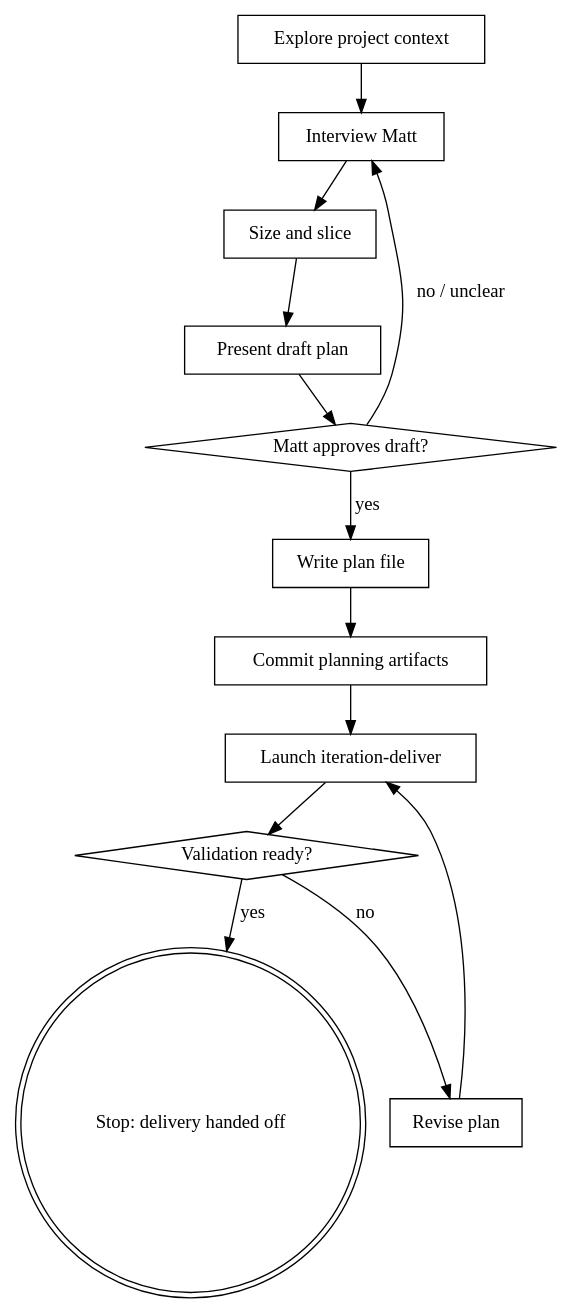
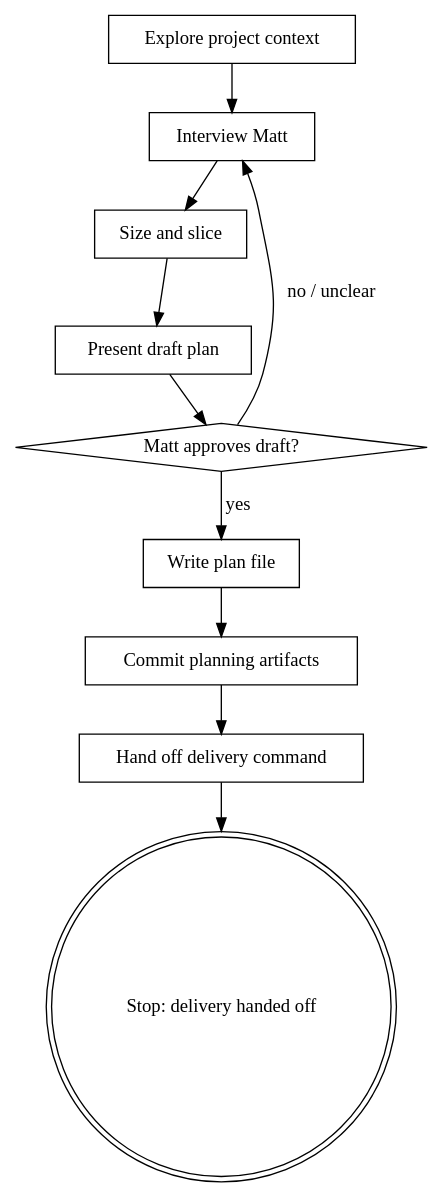
The diagram in .pi/skills/iteration-planning/SKILL.md (mattwynne/memba), drawn with Graphviz before and after one commit. The commit also changed other lines of this file and 11 other files, not shown here.

````diff
--- a/.pi/skills/iteration-planning/SKILL.md
+++ b/.pi/skills/iteration-planning/SKILL.md
@@ -31,28 +34,23 @@
 ```dot
 digraph iteration_planning {
     "Explore project context" [shape=box];
     "Interview Matt" [shape=box];
     "Size and slice" [shape=box];
     "Present draft plan" [shape=box];
     "Matt approves draft?" [shape=diamond];
     "Write plan file" [shape=box];
     "Commit planning artifacts" [shape=box];
-    "Launch iteration-deliver" [shape=box];
-    "Validation ready?" [shape=diamond];
-    "Revise plan" [shape=box];
+    "Hand off delivery command" [shape=box];
     "Stop: delivery handed off" [shape=doublecircle];
 
     "Explore project context" -> "Interview Matt";
     "Interview Matt" -> "Size and slice";
     "Size and slice" -> "Present draft plan";
     "Present draft plan" -> "Matt approves draft?";
     "Matt approves draft?" -> "Interview Matt" [label="no / unclear"];
     "Matt approves draft?" -> "Write plan file" [label="yes"];
     "Write plan file" -> "Commit planning artifacts";
-    "Commit planning artifacts" -> "Launch iteration-deliver";
-    "Launch iteration-deliver" -> "Validation ready?";
-    "Validation ready?" -> "Stop: delivery handed off" [label="yes"];
-    "Validation ready?" -> "Revise plan" [label="no"];
-    "Revise plan" -> "Launch iteration-deliver";
+    "Commit planning artifacts" -> "Hand off delivery command";
+    "Hand off delivery command" -> "Stop: delivery handed off";
 }
 ```
````
